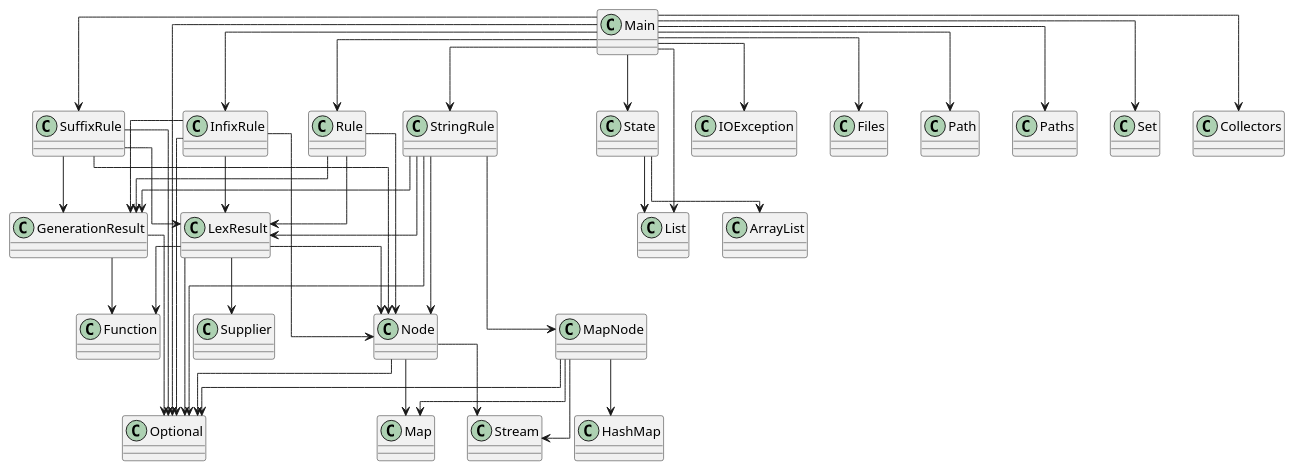
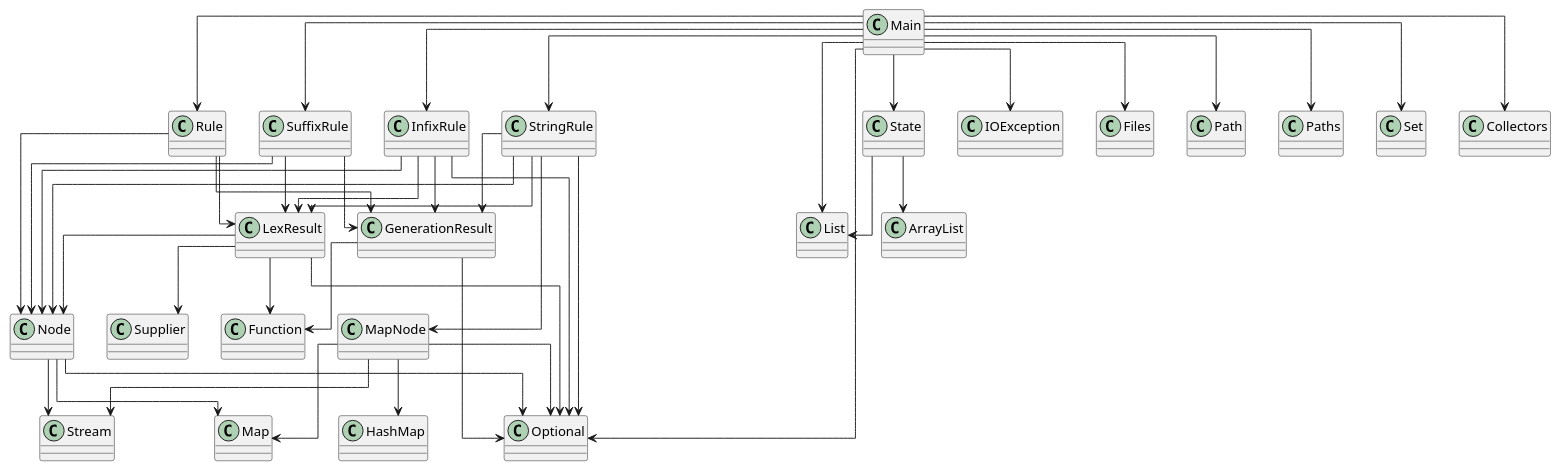
The diagram in diagram.puml (SirMathhman/Magma), drawn with PlantUML before and after one commit. The commit also changed 3 other files, not shown here.

```diff
--- a/diagram.puml
+++ b/diagram.puml
@@ -1,57 +1,56 @@
 @startuml
 skinparam linetype ortho
 class SuffixRule
 SuffixRule --> Node
 SuffixRule --> GenerationResult
 SuffixRule --> LexResult
-SuffixRule --> Optional
 class Node
 Node --> Map
 Node --> Optional
 Node --> Stream
 class GenerationResult
 GenerationResult --> Optional
 GenerationResult --> Function
 class Rule
 Rule --> Node
 Rule --> GenerationResult
 Rule --> LexResult
 class LexResult
 LexResult --> Node
 LexResult --> Optional
 LexResult --> Function
 LexResult --> Supplier
 class InfixRule
 InfixRule --> Node
 InfixRule --> GenerationResult
 InfixRule --> LexResult
 InfixRule --> Optional
 class Main
 Main --> State
 Main --> InfixRule
 Main --> Rule
 Main --> StringRule
 Main --> SuffixRule
 Main --> IOException
 Main --> Files
 Main --> Path
 Main --> Paths
 Main --> List
 Main --> Optional
 Main --> Set
 Main --> Collectors
 class MapNode
 MapNode --> HashMap
 MapNode --> Map
 MapNode --> Optional
 MapNode --> Stream
 class StringRule
 StringRule --> MapNode
 StringRule --> Node
 StringRule --> GenerationResult
 StringRule --> LexResult
 StringRule --> Optional
 class State
 State --> ArrayList
 State --> List
 @enduml
```
